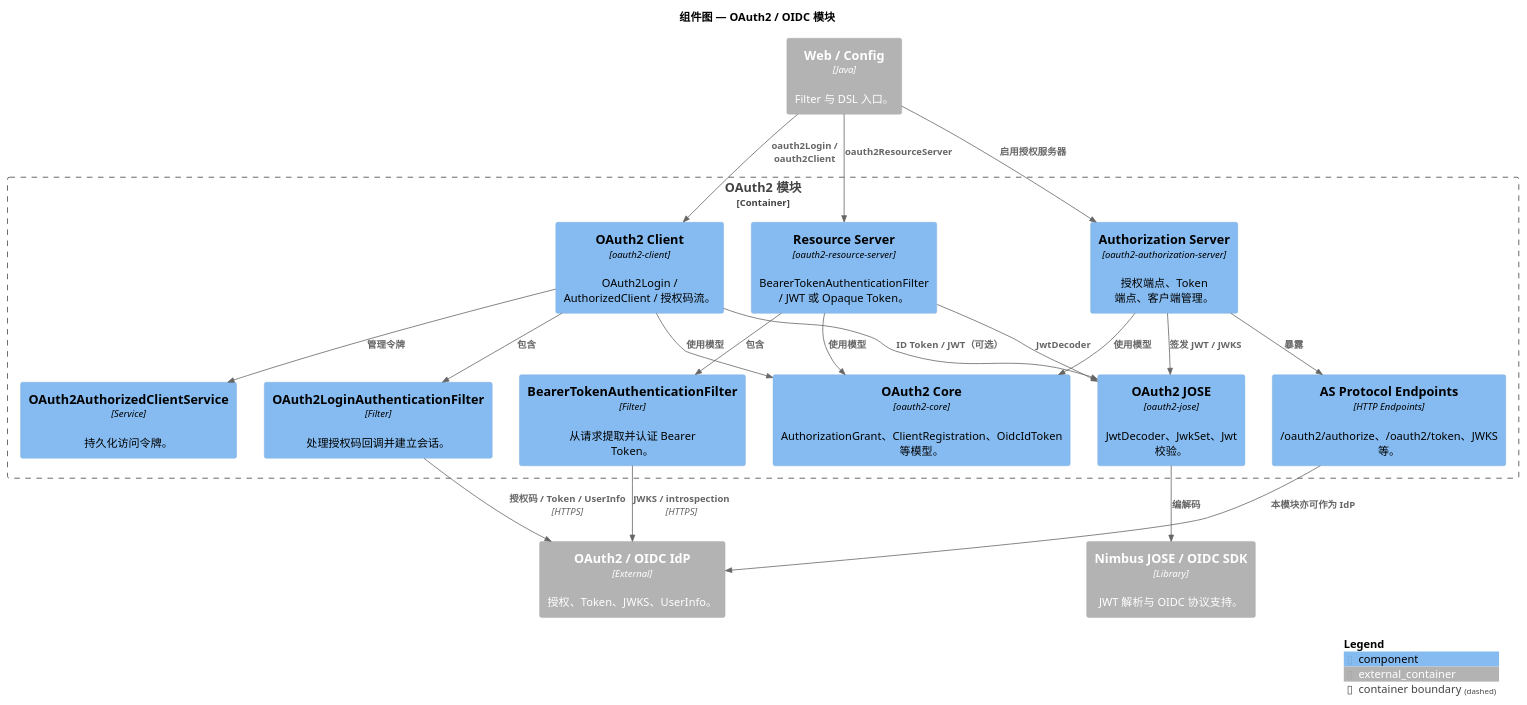
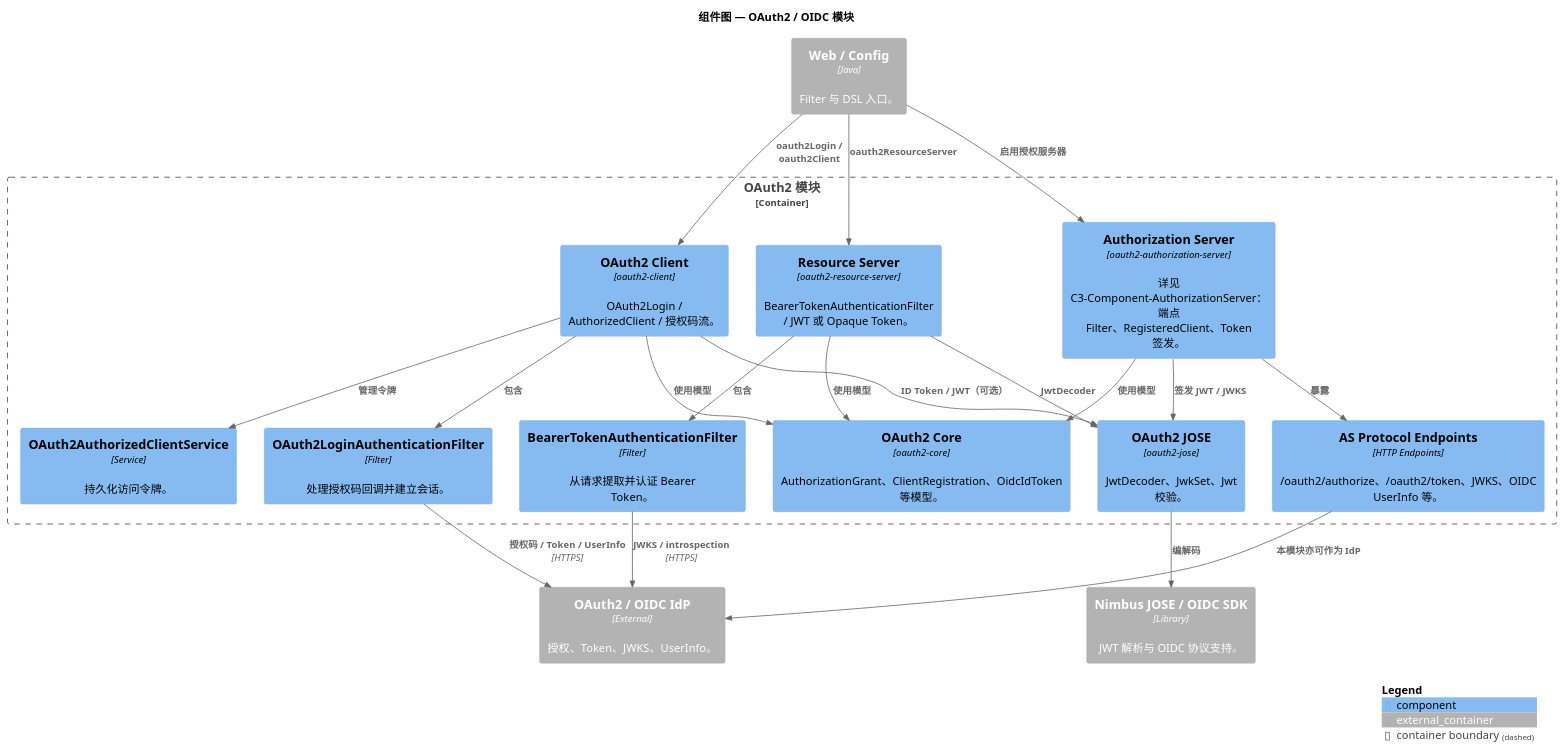
The diagram in spring-security/docs/c4-model/C3-Component-OAuth2.puml (felixzhu97/community-docs), drawn with PlantUML before and after one commit. The commit also changed 6 other files, not shown here.

Commit message:
docs(spring-security): deepen Authorization Server C4 for 7.0 merge (#15)

```diff
--- a/spring-security/docs/c4-model/C3-Component-OAuth2.puml
+++ b/spring-security/docs/c4-model/C3-Component-OAuth2.puml
@@ -1,43 +1,43 @@
 @startuml SpringSecurity_Component_OAuth2
 !include https://raw.githubusercontent.com/plantuml-stdlib/C4-PlantUML/master/C4_Component.puml
 
 LAYOUT_WITH_LEGEND()
 
 title 组件图 — OAuth2 / OIDC 模块
 
 Container_Ext(web, "Web / Config", "Java", "Filter 与 DSL 入口。")
 Container_Ext(idp, "OAuth2 / OIDC IdP", "External", "授权、Token、JWKS、UserInfo。")
 Container_Ext(nimbus, "Nimbus JOSE / OIDC SDK", "Library", "JWT 解析与 OIDC 协议支持。")
 
 Container_Boundary(oauth2, "OAuth2 模块") {
     Component(oauth2Core, "OAuth2 Core", "oauth2-core", "AuthorizationGrant、ClientRegistration、OidcIdToken 等模型。")
     Component(jose, "OAuth2 JOSE", "oauth2-jose", "JwtDecoder、JwkSet、Jwt 校验。")
     Component(client, "OAuth2 Client", "oauth2-client", "OAuth2Login / AuthorizedClient / 授权码流。")
     Component(oauth2LoginFilter, "OAuth2LoginAuthenticationFilter", "Filter", "处理授权码回调并建立会话。")
     Component(authorizedClientSvc, "OAuth2AuthorizedClientService", "Service", "持久化访问令牌。")
     Component(rs, "Resource Server", "oauth2-resource-server", "BearerTokenAuthenticationFilter / JWT 或 Opaque Token。")
     Component(bearerFilter, "BearerTokenAuthenticationFilter", "Filter", "从请求提取并认证 Bearer Token。")
-    Component(as, "Authorization Server", "oauth2-authorization-server", "授权端点、Token 端点、客户端管理。")
-    Component(asEndpoints, "AS Protocol Endpoints", "HTTP Endpoints", "/oauth2/authorize、/oauth2/token、JWKS 等。")
+    Component(as, "Authorization Server", "oauth2-authorization-server", "详见 C3-Component-AuthorizationServer：端点 Filter、RegisteredClient、Token 签发。")
+    Component(asEndpoints, "AS Protocol Endpoints", "HTTP Endpoints", "/oauth2/authorize、/oauth2/token、JWKS、OIDC UserInfo 等。")
 }
 
 Rel(web, client, "oauth2Login / oauth2Client")
 Rel(web, rs, "oauth2ResourceServer")
 Rel(web, as, "启用授权服务器")
 Rel(client, oauth2Core, "使用模型")
 Rel(rs, oauth2Core, "使用模型")
 Rel(as, oauth2Core, "使用模型")
 Rel(client, jose, "ID Token / JWT（可选）")
 Rel(rs, jose, "JwtDecoder")
 Rel(as, jose, "签发 JWT / JWKS")
 Rel(jose, nimbus, "编解码")
 Rel(client, oauth2LoginFilter, "包含")
 Rel(client, authorizedClientSvc, "管理令牌")
 Rel(rs, bearerFilter, "包含")
 Rel(as, asEndpoints, "暴露")
 Rel(oauth2LoginFilter, idp, "授权码 / Token / UserInfo", "HTTPS")
 Rel(bearerFilter, idp, "JWKS / introspection", "HTTPS")
 Rel(asEndpoints, idp, "本模块亦可作为 IdP")
 
 SHOW_LEGEND()
 @enduml
```
